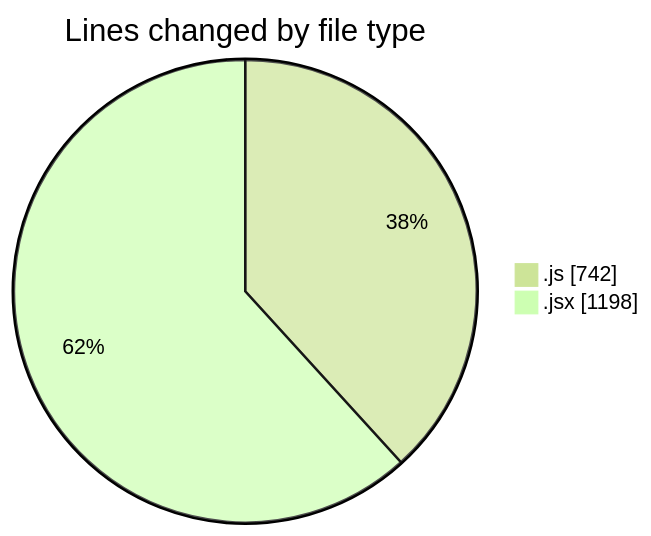
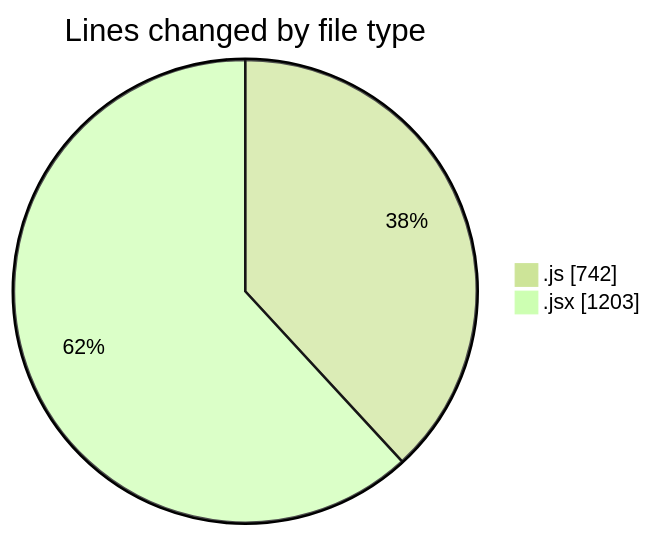
Before and after one commit to nxtqubesakshisongat/code-tracking: the first of 2 diagrams in 2025-08-29/nxtqube_webapp/README.md, drawn with Mermaid (forest theme). The commit also changed other lines of this file and 1 other file, not shown here.

````diff
--- a/2025-08-29/nxtqube_webapp/README.md
+++ b/2025-08-29/nxtqube_webapp/README.md
@@ -23,6 +23,6 @@
 ```mermaid
 pie showData
 title Lines changed by file type
 ".js" : 742
-".jsx" : 1198
+".jsx" : 1203
 ```
````
